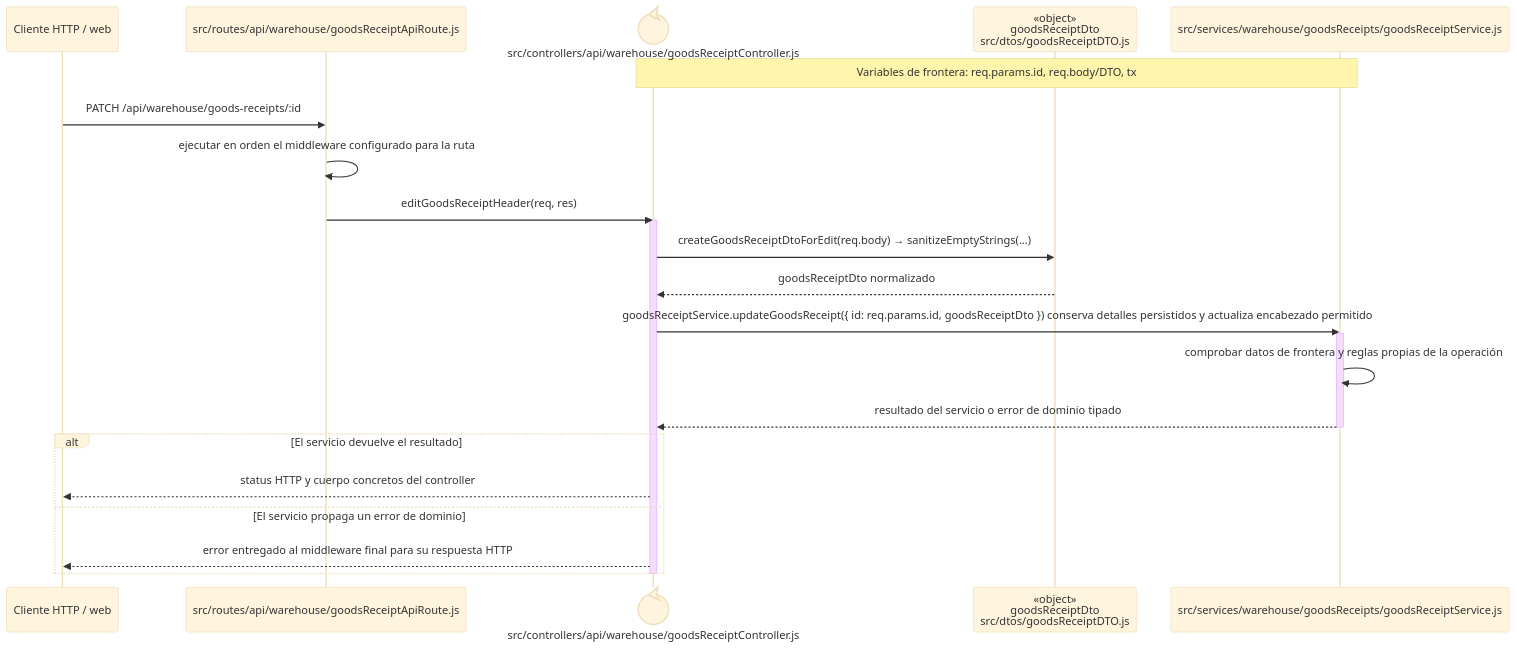
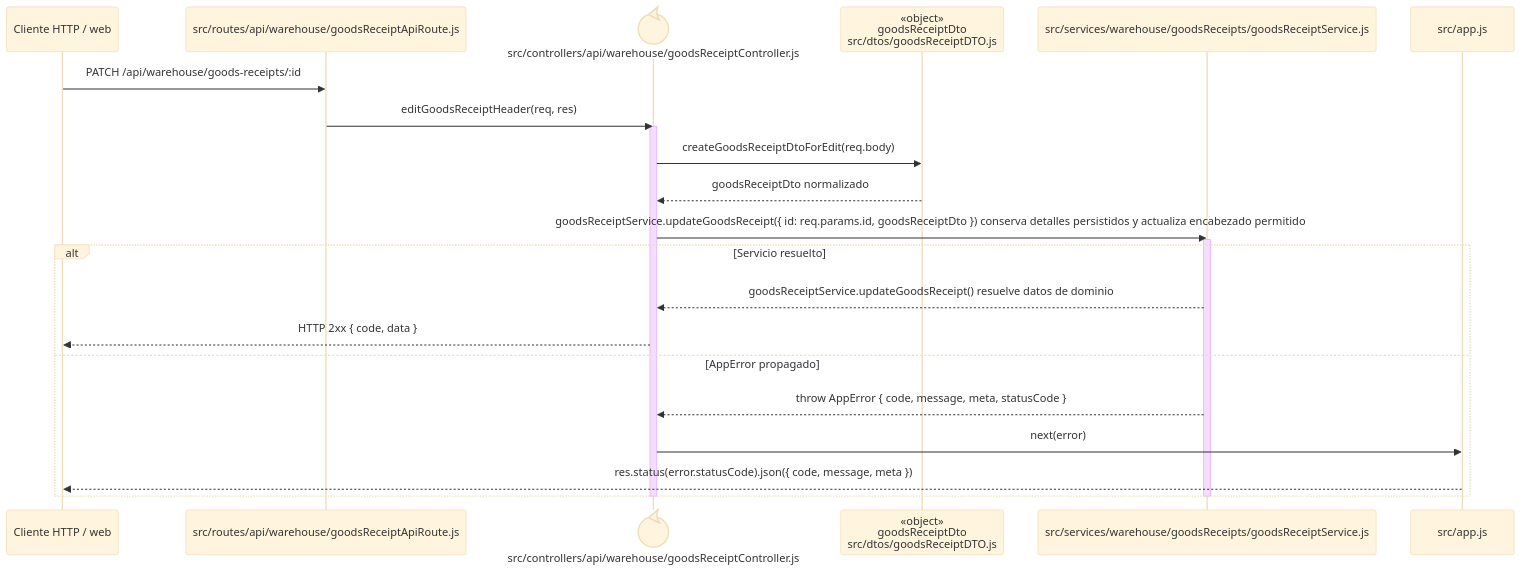
Before and after one commit to gpgsistemas01/nexus: the diagram in docs/architecture/backend-code-sequences/purchases/cu-ent-03.md, drawn with Mermaid (base theme). The commit also changed 148 other files, not shown here.

````diff
--- a/docs/architecture/backend-code-sequences/purchases/cu-ent-03.md
+++ b/docs/architecture/backend-code-sequences/purchases/cu-ent-03.md
@@ -6,27 +6,27 @@
 ```mermaid
 sequenceDiagram
     participant Client as Cliente HTTP / web
     participant Route as src/routes/api/warehouse/goodsReceiptApiRoute.js
     participant Controller@{ "type": "control" } as src/controllers/api/warehouse/goodsReceiptController.js
     participant ReceiptDto as «object»<br/>goodsReceiptDto<br/>src/dtos/goodsReceiptDTO.js
     participant Domain as src/services/warehouse/goodsReceipts/goodsReceiptService.js
-    Note over Controller,Domain: Variables de frontera: req.params.id, req.body/DTO, tx
+    participant ErrorHandler as src/app.js
 
     Client->>Route: PATCH /api/warehouse/goods-receipts/:id
-    Route->>Route: ejecutar en orden el middleware configurado para la ruta
     Route->>Controller: editGoodsReceiptHeader(req, res)
     activate Controller
-    Controller->>ReceiptDto: createGoodsReceiptDtoForEdit(req.body) → sanitizeEmptyStrings(...)
+    Controller->>ReceiptDto: createGoodsReceiptDtoForEdit(req.body)
     ReceiptDto-->>Controller: goodsReceiptDto normalizado
     Controller->>Domain: goodsReceiptService.updateGoodsReceipt({ id: req.params.id, goodsReceiptDto }) conserva detalles persistidos y actualiza encabezado permitido
     activate Domain
-    Domain->>Domain: comprobar datos de frontera y reglas propias de la operación
-    Domain-->>Controller: resultado del servicio o error de dominio tipado
+    alt Servicio resuelto
+        Domain-->>Controller: goodsReceiptService.updateGoodsReceipt() resuelve datos de dominio
+        Controller-->>Client: HTTP 2xx { code, data }
+    else AppError propagado
+        Domain-->>Controller: throw AppError { code, message, meta, statusCode }
+        Controller->>ErrorHandler: next(error)
+        ErrorHandler-->>Client: res.status(error.statusCode).json({ code, message, meta })
+    end
     deactivate Domain
-    alt El servicio devuelve el resultado
-        Controller-->>Client: status HTTP y cuerpo concretos del controller
-    else El servicio propaga un error de dominio
-        Controller-->>Client: error entregado al middleware final para su respuesta HTTP
-    end
     deactivate Controller
 ```
````
